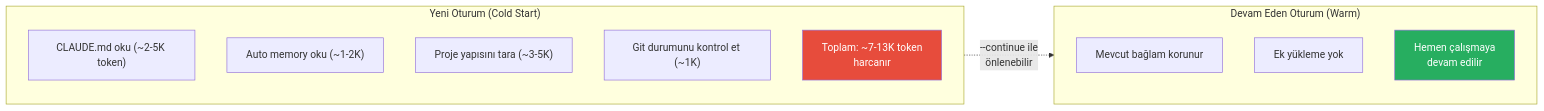
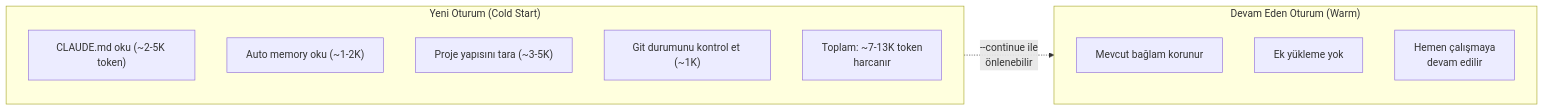
Before and after one commit to IzzetYasinAtes/ClaudeCodeHandbook: the second of 5 diagrams in 09-bellek-ve-baglam/06-oturum-yonetimi.md, drawn with Mermaid. The commit also changed other lines of this file and 97 other files, not shown here.

Commit message:
Remove all custom Mermaid style/fill colors from 98 markdown files for consistent dark theme rendering

````diff
--- a/09-bellek-ve-baglam/06-oturum-yonetimi.md
+++ b/09-bellek-ve-baglam/06-oturum-yonetimi.md
@@ -44,23 +40,21 @@
 ```mermaid
 flowchart LR
     subgraph cold ["Yeni Oturum (Cold Start)"]
         direction TB
         C1["CLAUDE.md oku (~2-5K token)"]
         C2["Auto memory oku (~1-2K)"]
         C3["Proje yapısını tara (~3-5K)"]
         C4["Git durumunu kontrol et (~1K)"]
         C5["Toplam: ~7-13K token<br/>harcanır"]
     end
 
     subgraph warm ["Devam Eden Oturum (Warm)"]
         direction TB
         W1["Mevcut bağlam korunur"]
         W2["Ek yükleme yok"]
         W3["Hemen çalışmaya<br/>devam edilir"]
     end
 
     cold -.->|"--continue ile<br/>önlenebilir"| warm
 
-    style C5 fill:#E74C3C,color:#fff
-    style W3 fill:#27AE60,color:#fff
 ```
````
